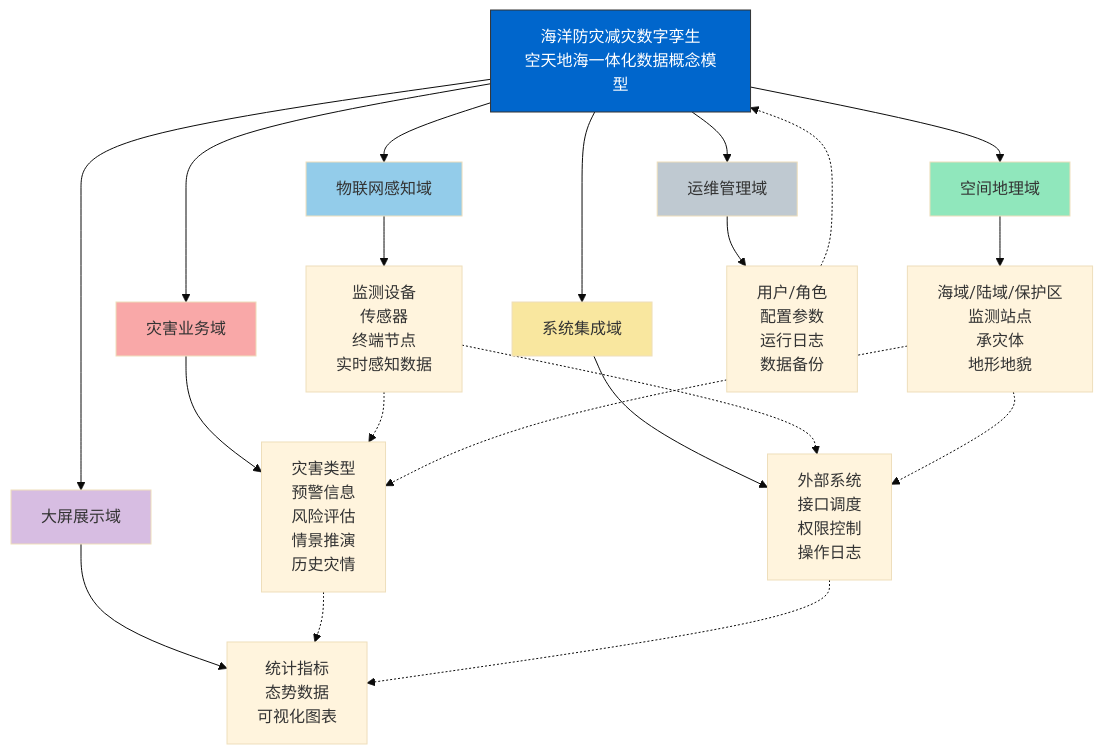
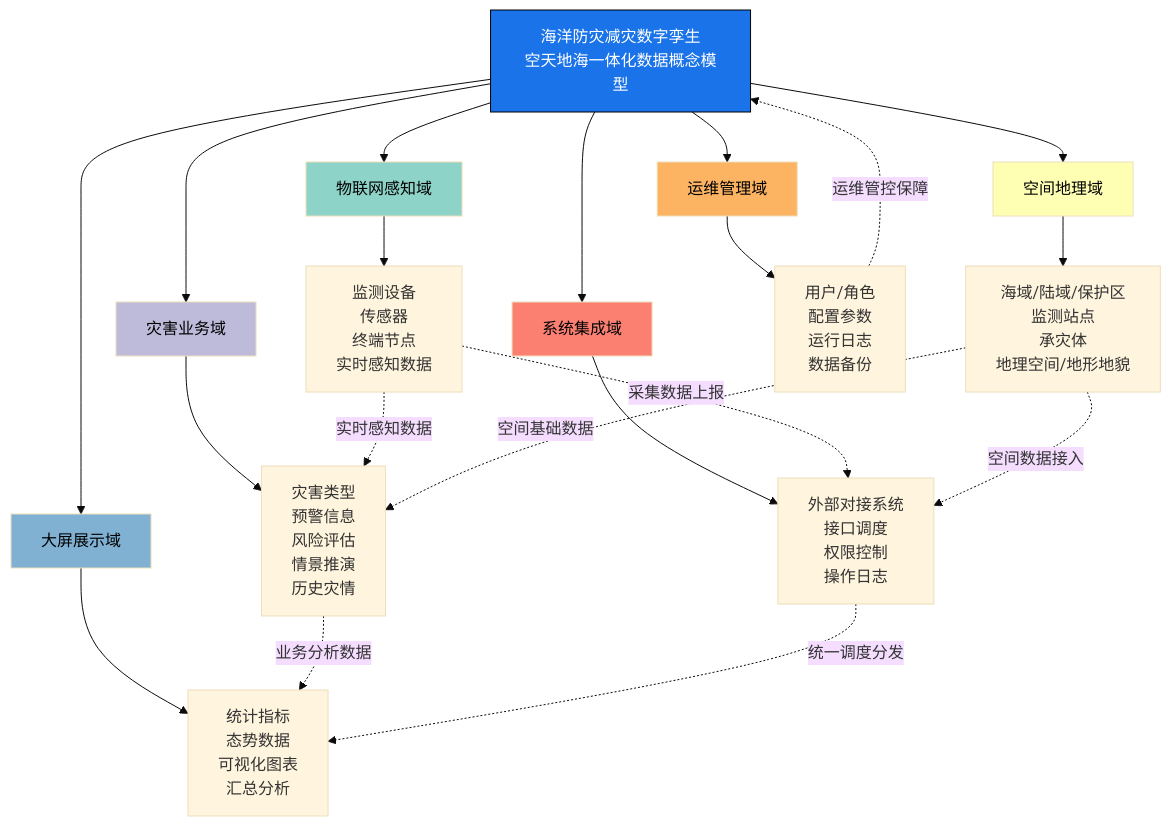
The diagram in all/未命名-7.md (MyJohn2/iodraw-files), drawn with Mermaid (base theme) before and after one commit.

Commit message:
2026-03-26 10:29:47 update

````diff
--- a/all/未命名-7.md
+++ b/all/未命名-7.md
@@ -1,48 +1,54 @@
 ```mermaid
 graph TD
+    %% 核心顶层
     Core["海洋防灾减灾数字孪生<br/>空天地海一体化数据概念模型"]
-    style Core fill:#0066cc,color:#fff,stroke:#333
+    style Core fill:#1a73e8,color:#fff,stroke:#000
 
+    %% 六大业务域（强制水平整齐排列）
     Domain1["物联网感知域"]
     Domain2["空间地理域"]
     Domain3["灾害业务域"]
     Domain4["系统集成域"]
     Domain5["大屏展示域"]
     Domain6["运维管理域"]
 
-    style Domain1 fill:#93ccea
-    style Domain2 fill:#90e7bc
-    style Domain3 fill:#f9a8a8
-    style Domain4 fill:#f9e79f
-    style Domain5 fill:#d7bde2
-    style Domain6 fill:#bfc9d1
-
+    %% 子实体
     Sub1["监测设备<br/>传感器<br/>终端节点<br/>实时感知数据"]
-    Sub2["海域/陆域/保护区<br/>监测站点<br/>承灾体<br/>地形地貌"]
+    Sub2["海域/陆域/保护区<br/>监测站点<br/>承灾体<br/>地理空间/地形地貌"]
     Sub3["灾害类型<br/>预警信息<br/>风险评估<br/>情景推演<br/>历史灾情"]
-    Sub4["外部系统<br/>接口调度<br/>权限控制<br/>操作日志"]
-    Sub5["统计指标<br/>态势数据<br/>可视化图表"]
+    Sub4["外部对接系统<br/>接口调度<br/>权限控制<br/>操作日志"]
+    Sub5["统计指标<br/>态势数据<br/>可视化图表<br/>汇总分析"]
     Sub6["用户/角色<br/>配置参数<br/>运行日志<br/>数据备份"]
 
+    %% 样式
+    style Domain1 fill:#8dd3c7,color:#000
+    style Domain2 fill:#ffffb3,color:#000
+    style Domain3 fill:#bebada,color:#000
+    style Domain4 fill:#fb8072,color:#000
+    style Domain5 fill:#80b1d3,color:#000
+    style Domain6 fill:#fdb462,color:#000
+
+    %% 层级关系
     Core --> Domain1
     Core --> Domain2
     Core --> Domain3
     Core --> Domain4
     Core --> Domain5
     Core --> Domain6
 
     Domain1 --> Sub1
     Domain2 --> Sub2
     Domain3 --> Sub3
     Domain4 --> Sub4
     Domain5 --> Sub5
     Domain6 --> Sub6
 
-    Sub1 -.-> Sub3
-    Sub2 -.-> Sub3
-    Sub3 -.-> Sub5
-    Sub1 -.-> Sub4
-    Sub2 -.-> Sub4
-    Sub4 -.-> Sub5
-    Sub6 -.-> Core
+    %% 数据流转（带中文注释）
+    Sub1 -. 实时感知数据 .-> Sub3
+    Sub2 -. 空间基础数据 .-> Sub3
+    Sub3 -. 业务分析数据 .-> Sub5
+    Sub1 -. 采集数据上报 .-> Sub4
+    Sub2 -. 空间数据接入 .-> Sub4
+    Sub4 -. 统一调度分发 .-> Sub5
+    Sub6 -. 运维管控保障 .-> Core
 ```
````
